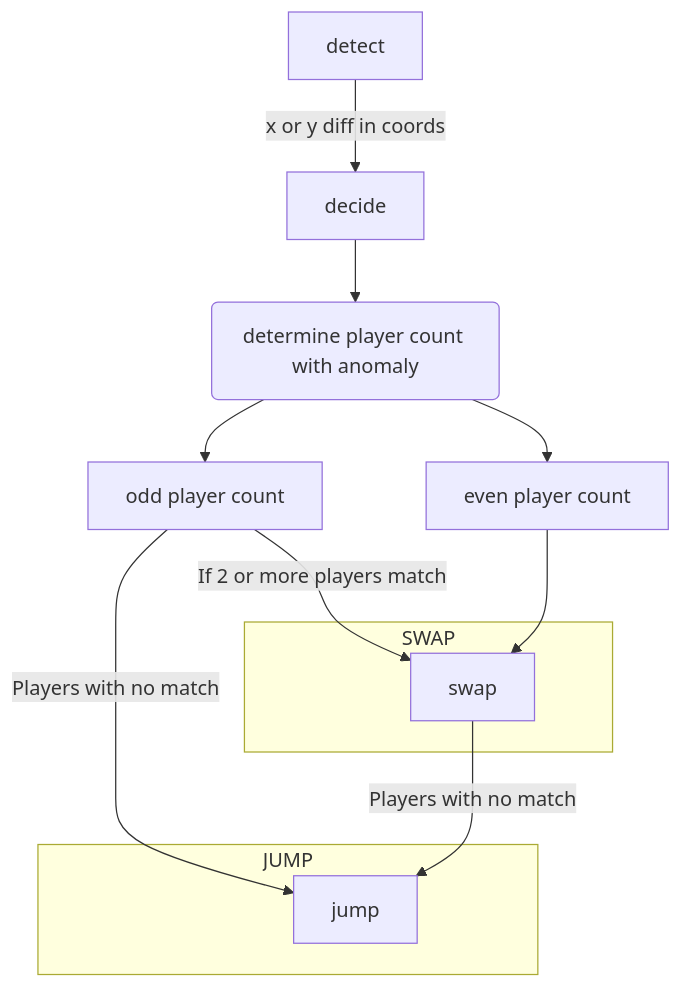
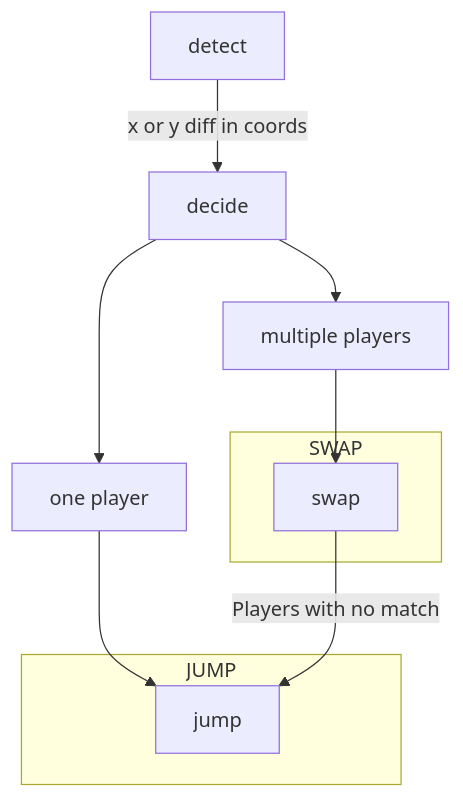
The diagram in services/master/detector/DETECTOR.md (Ygg-Drasill/DookieFilter), drawn with Mermaid before and after one commit.

Commit message:
update graph

````diff
--- a/services/master/detector/DETECTOR.md
+++ b/services/master/detector/DETECTOR.md
@@ -1,30 +1,26 @@
 ```mermaid
 graph TD;
 dt["detect"];
 
     dc["decide"];
 
     dt -->|x or y diff in coords| dc;
 
+    o["one player"]
+    e["multiple players"]
+    dc --> o & e;
 
-    p("determine player count with anomaly");
-    dc --> p;
-    o["odd player count"]
-    e["even player count"]
-    p --> e & o;
-
-    o -->|Players with no match| jump;
-    o -->|If 2 or more players match| swap;
+    o --> jump;
     e --> swap;
 
 
     subgraph SWAP;
     swap;
     end;
     swap -->|Players with no match| jump;
 
 
     subgraph JUMP;
     jump;
     end;
 ```
````
